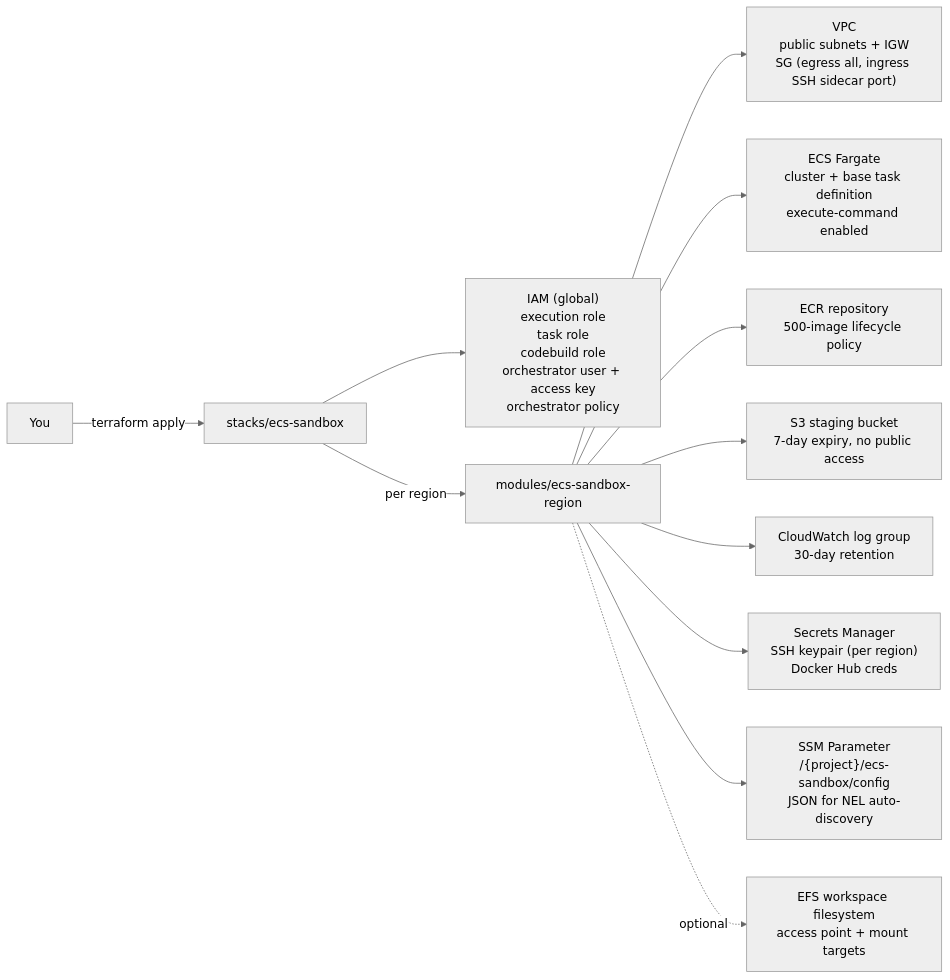
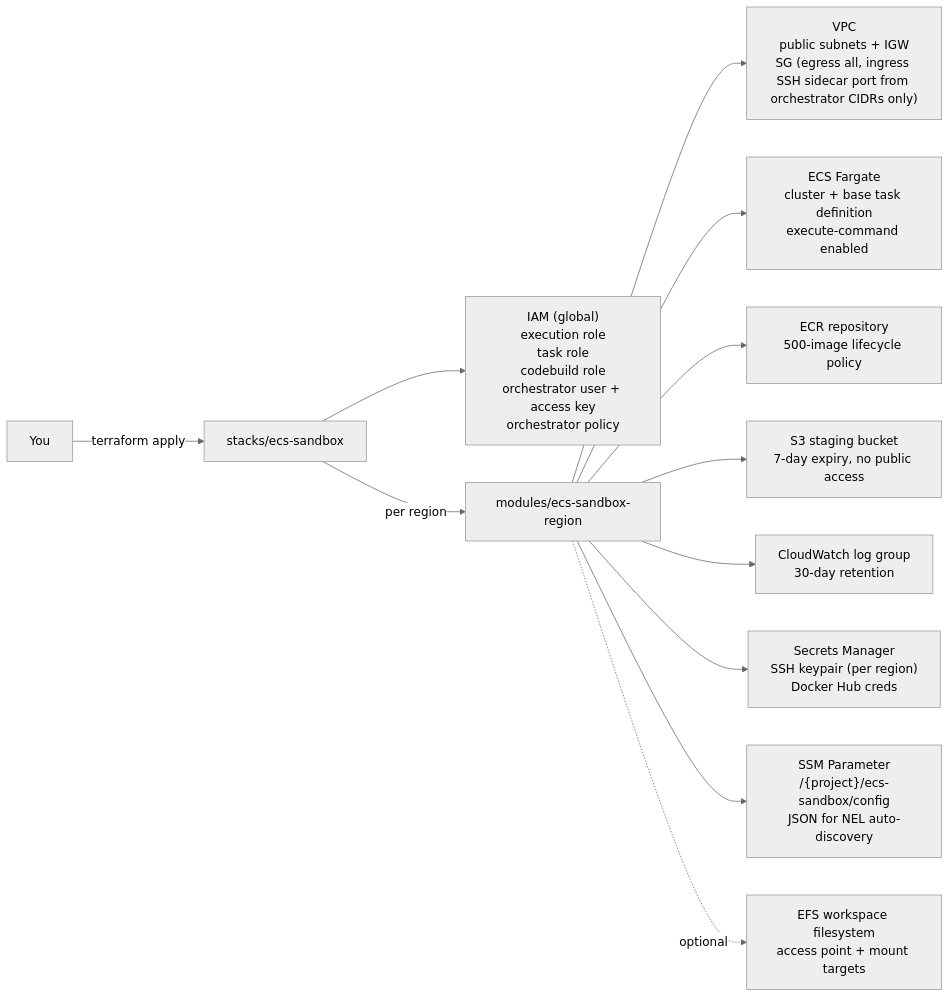
Before and after one commit to NVIDIA-NeMo/Evaluator: the second of 2 diagrams in terraform/README.md, drawn with Mermaid (neutral theme). The commit also changed other lines of this file and 7 other files, not shown here.

First line of the commit message:
fix: lock ECS sandbox security-group ingress to orchestrator CIDRs

````diff
--- a/terraform/README.md
+++ b/terraform/README.md
@@ -27,14 +27,14 @@
 ```mermaid
 flowchart LR
     User[You] -->|terraform apply| Stack[stacks/ecs-sandbox]
     Stack --> IAM["IAM (global)<br/>execution role<br/>task role<br/>codebuild role<br/>orchestrator user + access key<br/>orchestrator policy"]
     Stack -->|per region| Module[modules/ecs-sandbox-region]
-    Module --> VPC["VPC<br/>public subnets + IGW<br/>SG (egress all, ingress SSH sidecar port)"]
+    Module --> VPC["VPC<br/>public subnets + IGW<br/>SG (egress all, ingress SSH sidecar port from orchestrator CIDRs only)"]
     Module --> ECS["ECS Fargate<br/>cluster + base task definition<br/>execute-command enabled"]
     Module --> ECR["ECR repository<br/>500-image lifecycle policy"]
     Module --> S3["S3 staging bucket<br/>7-day expiry, no public access"]
     Module --> Logs["CloudWatch log group<br/>30-day retention"]
     Module --> Secrets["Secrets Manager<br/>SSH keypair (per region)<br/>Docker Hub creds"]
     Module --> SSM["SSM Parameter<br/>/{project}/ecs-sandbox/config<br/>JSON for NEL auto-discovery"]
     Module -.->|optional| EFS["EFS workspace filesystem<br/>access point + mount targets"]
 ```
````
